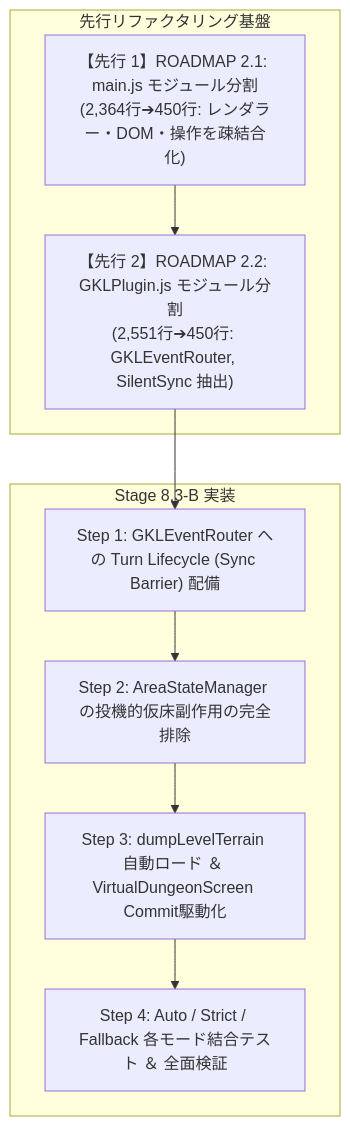
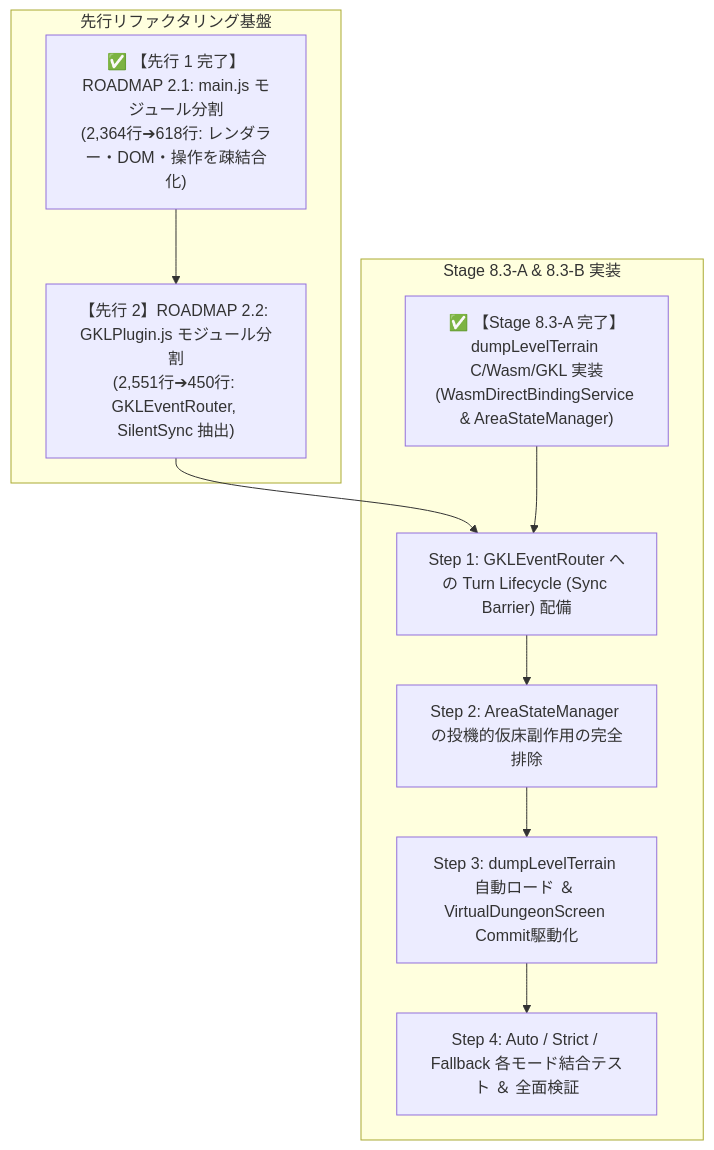
The second of 2 diagrams in docs/2_client_ui/shim_driven_rendering_pipeline_architecture.ja.md (e3sh/Nethack-wasm-webUI), drawn with Mermaid before and after one commit. The commit also changed other lines of this file and 57 other files, not shown here.

````diff
--- a/docs/2_client_ui/shim_driven_rendering_pipeline_architecture.ja.md
+++ b/docs/2_client_ui/shim_driven_rendering_pipeline_architecture.ja.md
@@ -108,16 +115,18 @@
 ```mermaid
 flowchart TD
     subgraph 先行リファクタリング基盤
-        R21["【先行 1】ROADMAP 2.1: main.js モジュール分割<br>(2,364行➔450行: レンダラー・DOM・操作を疎結合化)"]
+        R21["✅ 【先行 1 完了】ROADMAP 2.1: main.js モジュール分割<br>(2,364行➔618行: レンダラー・DOM・操作を疎結合化)"]
         R22["【先行 2】ROADMAP 2.2: GKLPlugin.js モジュール分割<br>(2,551行➔450行: GKLEventRouter, SilentSync 抽出)"]
     end
 
-    subgraph Stage 8.3-B 実装
+    subgraph Stage 8.3-A & 8.3-B 実装
+        S0["✅ 【Stage 8.3-A 完了】dumpLevelTerrain C/Wasm/GKL 実装<br>(WasmDirectBindingService & AreaStateManager)"]
         S1["Step 1: GKLEventRouter への Turn Lifecycle (Sync Barrier) 配備"]
         S2["Step 2: AreaStateManager の投機的仮床副作用の完全排除"]
         S3["Step 3: dumpLevelTerrain 自動ロード ＆ VirtualDungeonScreen Commit駆動化"]
         S4["Step 4: Auto / Strict / Fallback 各モード結合テスト ＆ 全面検証"]
     end
 
-    R21 --> R22 --> S1 --> S2 --> S3 --> S4
+    R21 --> R22 --> S1
+    S0 --> S1 --> S2 --> S3 --> S4
 ```
````
